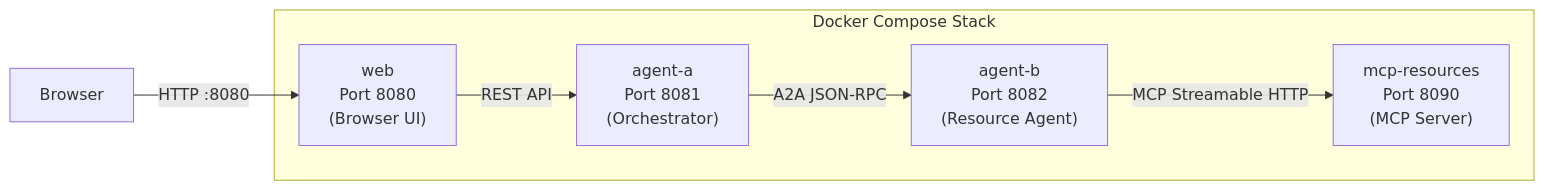
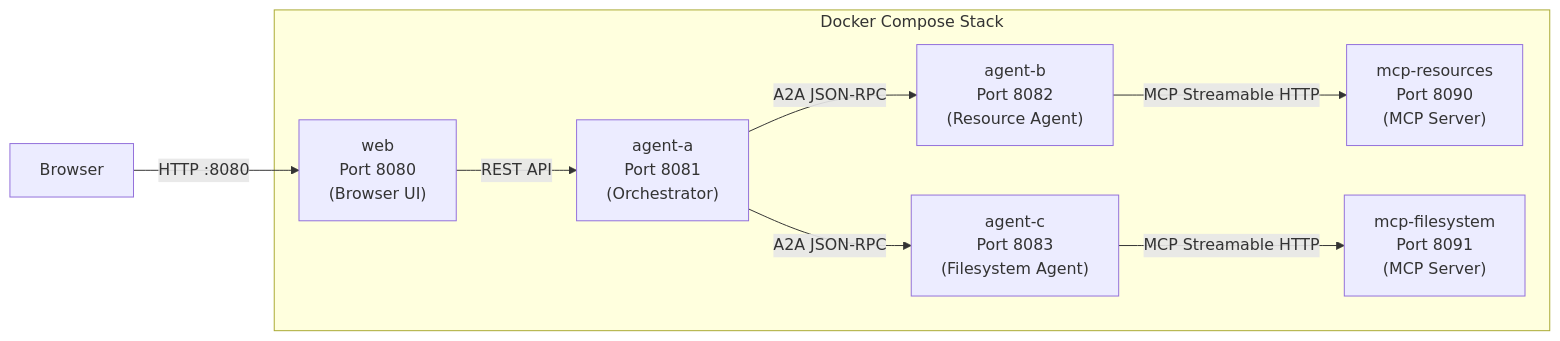
The diagram in docs/deployment.md (smorand/agent-stop-and-go), drawn with Mermaid before and after one commit. The commit also changed other lines of this file and 9 other files, not shown here.

First line of the commit message:
feat: add filesystem agent (Agent C) to Docker Compose setup

````diff
--- a/docs/deployment.md
+++ b/docs/deployment.md
@@ -158,14 +158,18 @@
 ```mermaid
 graph LR
     subgraph "Docker Compose Stack"
         Web["web<br/>Port 8080<br/>(Browser UI)"]
         AgentA["agent-a<br/>Port 8081<br/>(Orchestrator)"]
         AgentB["agent-b<br/>Port 8082<br/>(Resource Agent)"]
-        MCP["mcp-resources<br/>Port 8090<br/>(MCP Server)"]
+        AgentC["agent-c<br/>Port 8083<br/>(Filesystem Agent)"]
+        MCPR["mcp-resources<br/>Port 8090<br/>(MCP Server)"]
+        MCPF["mcp-filesystem<br/>Port 8091<br/>(MCP Server)"]
     end
 
     Browser["Browser"] -->|"HTTP :8080"| Web
     Web -->|"REST API"| AgentA
     AgentA -->|"A2A JSON-RPC"| AgentB
-    AgentB -->|"MCP Streamable HTTP"| MCP
+    AgentA -->|"A2A JSON-RPC"| AgentC
+    AgentB -->|"MCP Streamable HTTP"| MCPR
+    AgentC -->|"MCP Streamable HTTP"| MCPF
 ```
````
